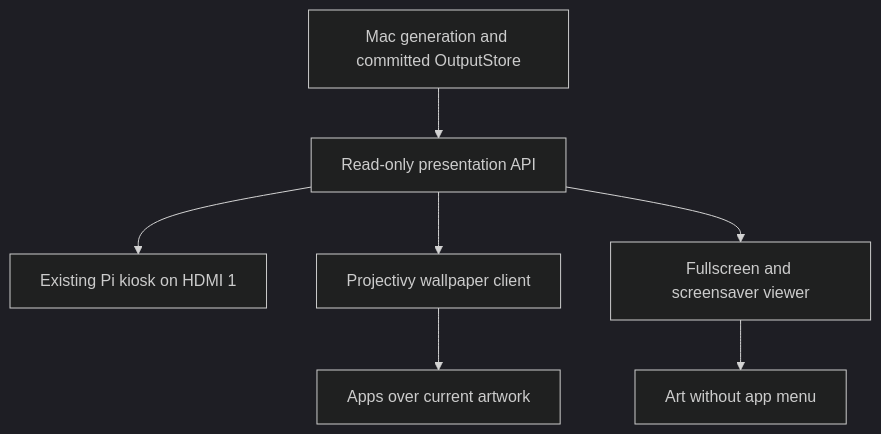
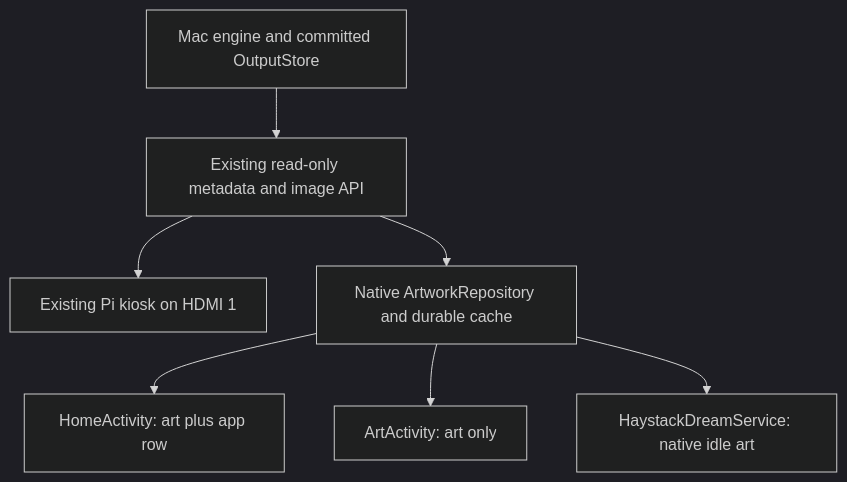
One commit to andres-monge/haystack changed the first of 4 diagrams in docs/plans/2026-10-18-0839-feat-sony-tv-haystack-integration-plan.md. Above: the diagram before and after it, drawn with Mermaid (dark theme). The commit also changed other lines of this file and 2 other files, not shown here.

Commit message:
docs: revise TV plan around free artwork and bounded Sony proof

````diff
--- a/docs/plans/2026-10-18-0839-feat-sony-tv-haystack-integration-plan.md
+++ b/docs/plans/2026-10-18-0839-feat-sony-tv-haystack-integration-plan.md
@@ -139,9 +143,9 @@
 ```mermaid
 flowchart TB
-  Mac[Mac generation and committed OutputStore] --> API[Read-only presentation API]
+  Mac[Mac engine and committed OutputStore] --> API[Existing read-only metadata and image API]
   API --> Pi[Existing Pi kiosk on HDMI 1]
-  API --> Wallpaper[Projectivy wallpaper client]
-  API --> Viewer[Fullscreen and screensaver viewer]
-  Wallpaper --> Home[Apps over current artwork]
-  Viewer --> Art[Art without app menu]
+  API --> Repo[Native ArtworkRepository and durable cache]
+  Repo --> Home[HomeActivity: art plus app row]
+  Repo --> Full[ArtActivity: art only]
+  Repo --> Dream[HaystackDreamService: native idle art]
 ```
````
